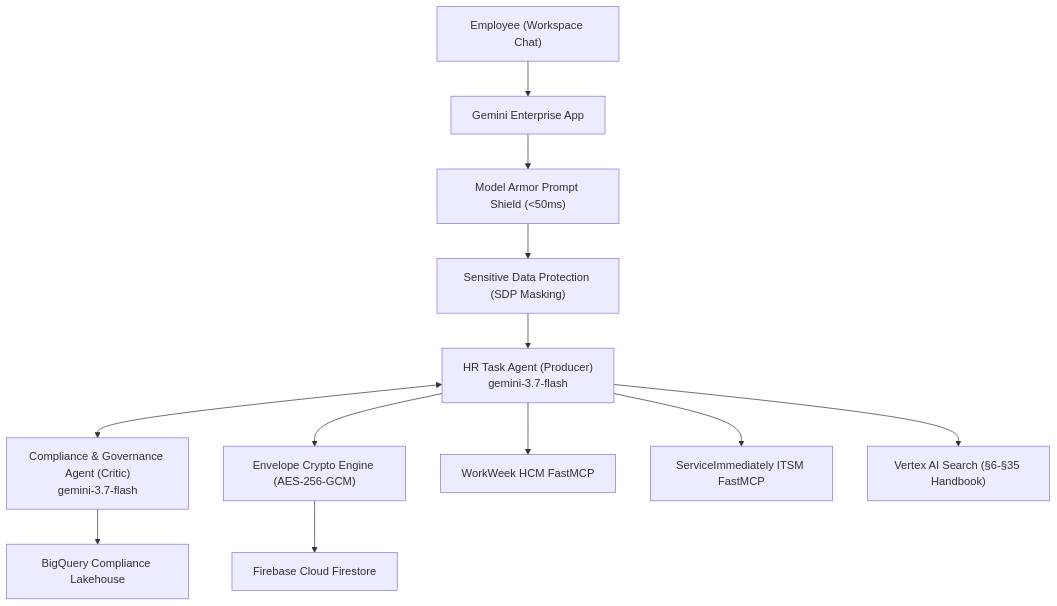
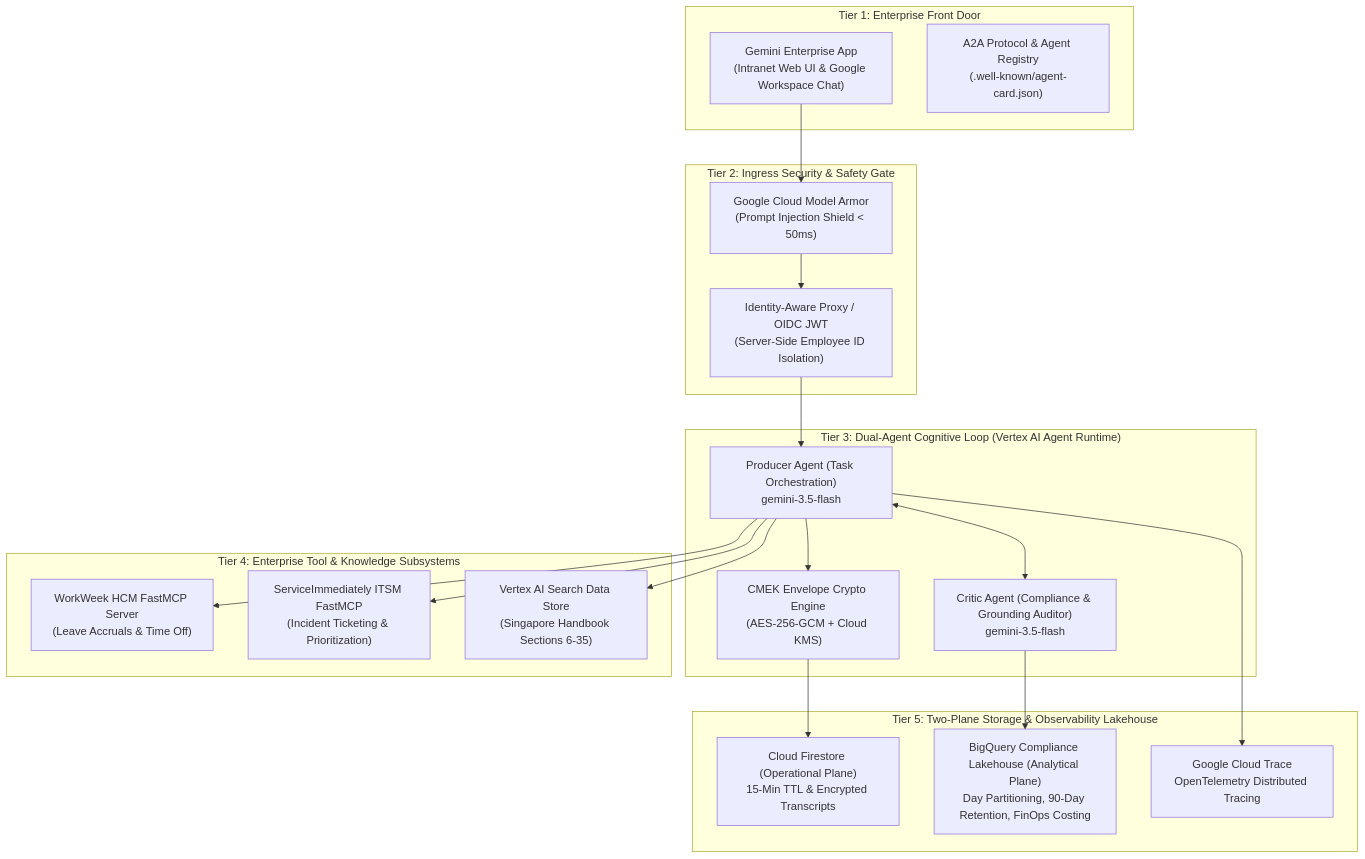
Before and after one commit to isaac30tsai/project-elevate-2026-group5: the diagram in SDD.md, drawn with Mermaid. The commit also changed other lines of this file and 20 other files, not shown here.

Commit message:
feat: integrate Elevate skills, custom rules, AGENTS.md, CE-tech skill, and 4-tier observability

````diff
--- a/SDD.md
+++ b/SDD.md
@@ -14,13 +30,39 @@
 ```mermaid
 flowchart TD
-    User["Employee (Workspace Chat)"] --> GE["Gemini Enterprise App"]
-    GE --> MA["Model Armor Prompt Shield (<50ms)"]
-    MA --> DLP["Sensitive Data Protection (SDP Masking)"]
-    DLP --> Producer["HR Task Agent (Producer)<br>gemini-3.7-flash"]
-    Producer <--> Critic["Compliance & Governance Agent (Critic)<br>gemini-3.7-flash"]
-    Producer --> Crypto["Envelope Crypto Engine (AES-256-GCM)"] --> Firestore["Firebase Cloud Firestore"]
-    Producer --> WW["WorkWeek HCM FastMCP"]
-    Producer --> SI["ServiceImmediately ITSM FastMCP"]
-    Producer --> RAG["Vertex AI Search (§6-§35 Handbook)"]
-    Critic --> BQ["BigQuery Compliance Lakehouse"]
+    subgraph L1["Tier 1: Enterprise Front Door"]
+        GE["Gemini Enterprise App<br>(Intranet Web UI & Google Workspace Chat)"]
+        A2A["A2A Protocol & Agent Registry<br>(.well-known/agent-card.json)"]
+    end
+
+    subgraph L2["Tier 2: Ingress Security & Safety Gate"]
+        MA["Google Cloud Model Armor<br>(Prompt Injection Shield < 50ms)"]
+        IAP["Identity-Aware Proxy / OIDC JWT<br>(Server-Side Employee ID Isolation)"]
+    end
+
+    subgraph L3["Tier 3: Dual-Agent Cognitive Loop (Vertex AI Agent Runtime)"]
+        Producer["Producer Agent (Task Orchestration)<br>gemini-3.5-flash"]
+        Critic["Critic Agent (Compliance & Grounding Auditor)<br>gemini-3.5-flash"]
+        Producer <--> Critic
+        Crypto["CMEK Envelope Crypto Engine<br>(AES-256-GCM + Cloud KMS)"]
+    end
+
+    subgraph L4["Tier 4: Enterprise Tool & Knowledge Subsystems"]
+        WW["WorkWeek HCM FastMCP Server<br>(Leave Accruals & Time Off)"]
+        SI["ServiceImmediately ITSM FastMCP<br>(Incident Ticketing & Prioritization)"]
+        RAG["Vertex AI Search Data Store<br>(Singapore Handbook Sections 6-35)"]
+    end
+
+    subgraph L5["Tier 5: Two-Plane Storage & Observability Lakehouse"]
+        Firestore["Cloud Firestore (Operational Plane)<br>15-Min TTL & Encrypted Transcripts"]
+        BigQuery["BigQuery Compliance Lakehouse (Analytical Plane)<br>Day Partitioning, 90-Day Retention, FinOps Costing"]
+        Trace["Google Cloud Trace<br>OpenTelemetry Distributed Tracing"]
+    end
+
+    GE --> MA --> IAP --> Producer
+    Producer --> WW
+    Producer --> SI
+    Producer --> RAG
+    Producer --> Crypto --> Firestore
+    Critic --> BigQuery
+    Producer --> Trace
 ```
````
